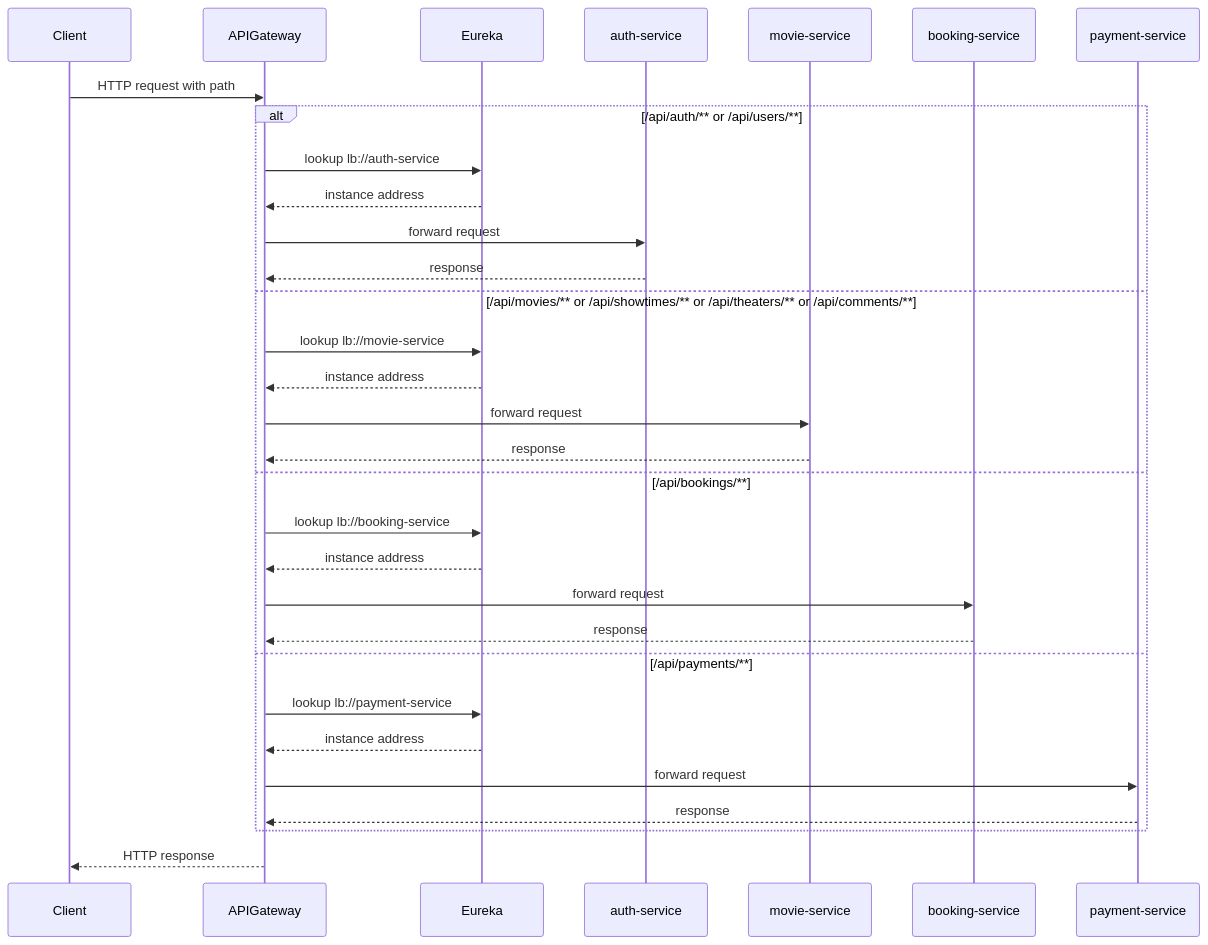
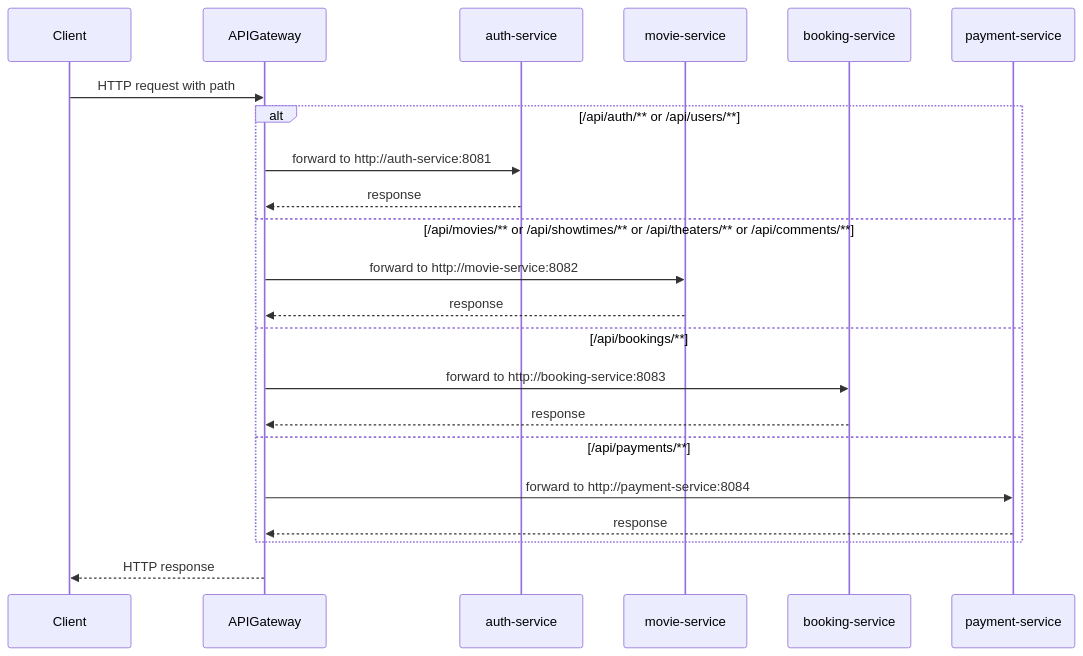
One commit to namnd0312/ms-cinema changed diagram 22 of 25 in docs/system-design-mermaid-diagrams-all-services-flows.md. Above: the diagram before and after it, drawn with Mermaid. The commit also changed other lines of this file and 49 other files, not shown here.

````diff
--- a/docs/system-design-mermaid-diagrams-all-services-flows.md
+++ b/docs/system-design-mermaid-diagrams-all-services-flows.md
@@ -1135,36 +1106,27 @@
 ```mermaid
 sequenceDiagram
     participant Client
     participant APIGateway
-    participant Eureka
     participant auth-service
     participant movie-service
     participant booking-service
     participant payment-service
 
     Client->>APIGateway: HTTP request with path
 
     alt /api/auth/** or /api/users/**
-        APIGateway->>Eureka: lookup lb://auth-service
-        Eureka-->>APIGateway: instance address
-        APIGateway->>auth-service: forward request
+        APIGateway->>auth-service: forward to http://auth-service:8081
         auth-service-->>APIGateway: response
     else /api/movies/** or /api/showtimes/** or /api/theaters/** or /api/comments/**
-        APIGateway->>Eureka: lookup lb://movie-service
-        Eureka-->>APIGateway: instance address
-        APIGateway->>movie-service: forward request
+        APIGateway->>movie-service: forward to http://movie-service:8082
         movie-service-->>APIGateway: response
     else /api/bookings/**
-        APIGateway->>Eureka: lookup lb://booking-service
-        Eureka-->>APIGateway: instance address
-        APIGateway->>booking-service: forward request
+        APIGateway->>booking-service: forward to http://booking-service:8083
         booking-service-->>APIGateway: response
     else /api/payments/**
-        APIGateway->>Eureka: lookup lb://payment-service
-        Eureka-->>APIGateway: instance address
-        APIGateway->>payment-service: forward request
+        APIGateway->>payment-service: forward to http://payment-service:8084
         payment-service-->>APIGateway: response
     end
 
     APIGateway-->>Client: HTTP response
 ```
````
